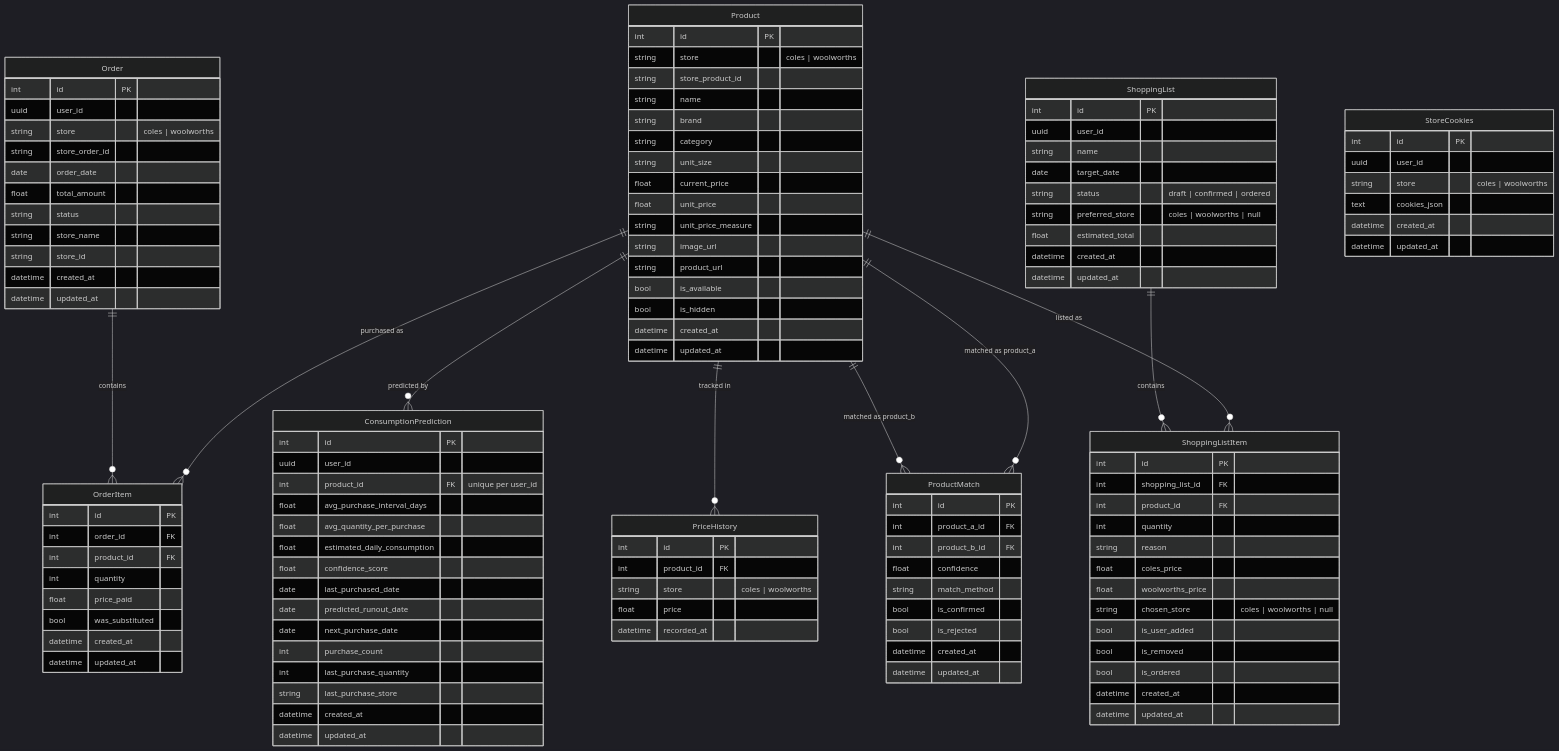
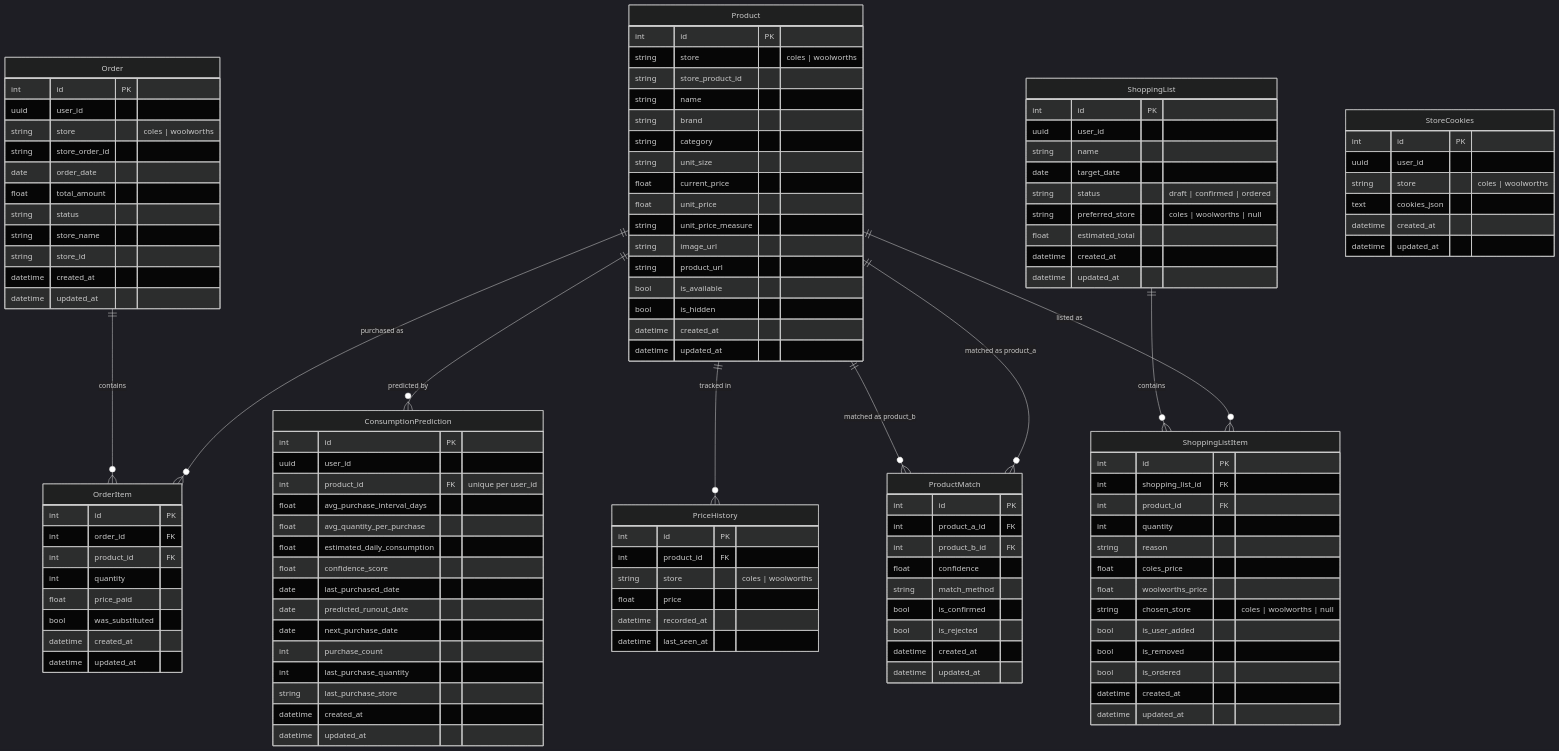
The diagram in DATAMODEL.md (aydh/shopping-agent), drawn with Mermaid (dark theme) before and after one commit. The commit also changed other lines of this file and 9 other files, not shown here.

```diff
--- a/DATAMODEL.md
+++ b/DATAMODEL.md
@@ -45,6 +45,7 @@
         string store "coles | woolworths"
         float price
         datetime recorded_at
+        datetime last_seen_at
     }
 
     Order {
```
